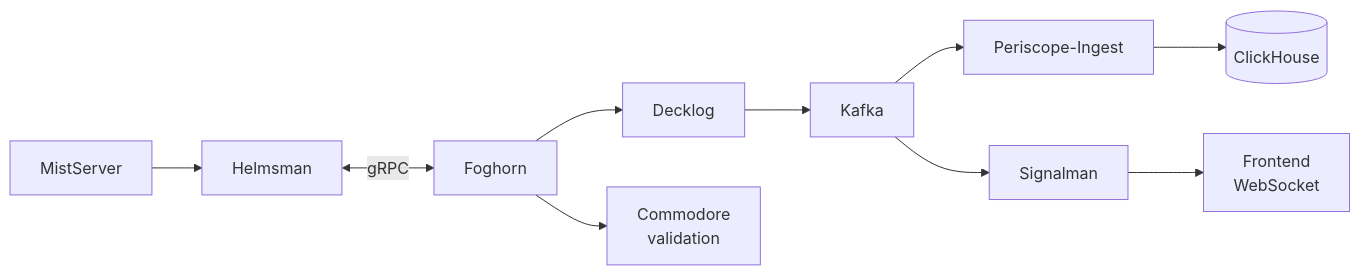
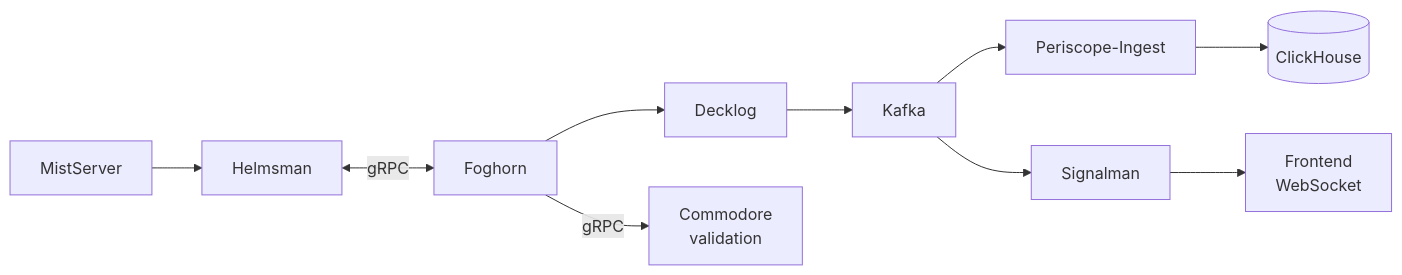
The first of 5 diagrams in website_docs/src/content/docs/operators/architecture.mdx (Livepeer-FrameWorks/monorepo), drawn with Mermaid before and after one commit. The commit also changed other lines of this file and 796 other files, not shown here.

````diff
--- a/website_docs/src/content/docs/operators/architecture.mdx
+++ b/website_docs/src/content/docs/operators/architecture.mdx
@@ -135,12 +135,12 @@
 ```mermaid
 graph LR
     MS[MistServer] --> H[Helmsman]
     H <-->|gRPC| F[Foghorn]
     F --> D[Decklog]
-    F --> C[Commodore<br/>validation]
+    F -->|gRPC| C[Commodore<br/>validation]
     D --> K[Kafka]
     K --> PI[Periscope-Ingest]
     K --> S[Signalman]
     PI --> CH[(ClickHouse)]
     S --> FE[Frontend<br/>WebSocket]
 ```
````
